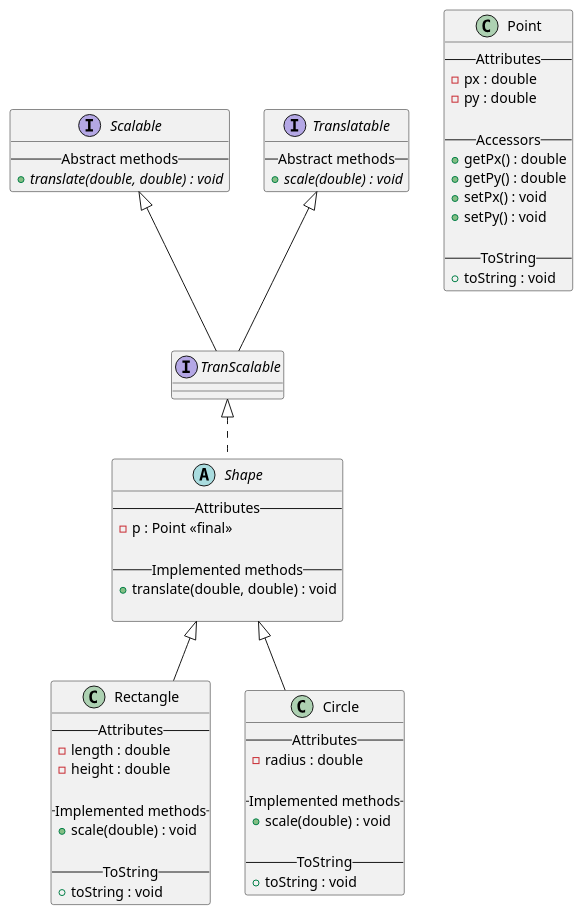
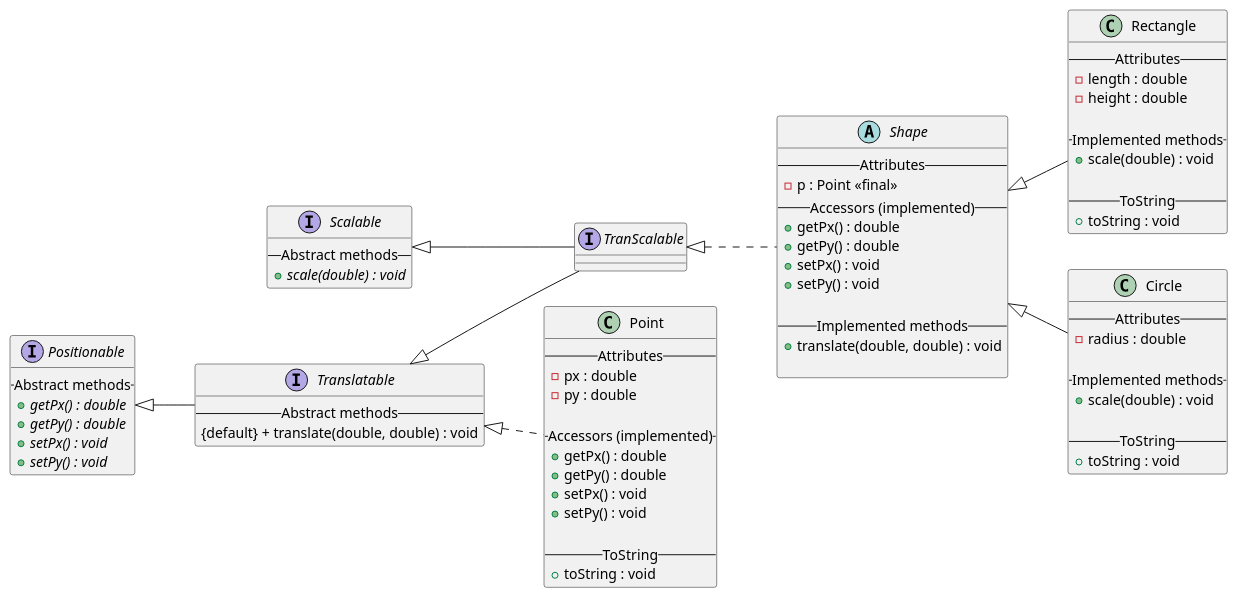
One commit to nabil-elma-dev/EPFC-Object-Oriented-Programming changed the diagram in 06 - Heritage_Interfaces/src/main/exercise_1/exercise_1.puml. Above: the diagram before and after it, drawn with PlantUML. The commit also changed 4 other files, not shown here.

Commit message:
refactor(interfaces): interface positionable and default method translate on translatable

```diff
--- a/06 - Heritage_Interfaces/src/main/exercise_1/exercise_1.puml
+++ b/06 - Heritage_Interfaces/src/main/exercise_1/exercise_1.puml
@@ -1,68 +1,82 @@
 @startuml
 'https://plantuml.com/class-diagram
+left to right direction
+
+interface Positionable {
+-- Abstract methods --
+    {abstract} + getPx() : double
+    {abstract} + getPy() : double
+    {abstract} + setPx() : void
+    {abstract} + setPy() : void
+}
 
 interface Scalable {
 -- Abstract methods --
-    {abstract} + translate(double, double) : void
+    {abstract} + scale(double) : void
 }
 
-interface Translatable {
+interface Translatable extends Positionable {
 -- Abstract methods --
-   {abstract} + scale(double) : void
+   {default} + translate(double, double) : void
 }
 
 interface TranScalable implements Scalable, Translatable {
 }
 
-class Point {
+class Point implements Translatable {
 -- Attributes --
     - px : double
     - py : double
 
--- Accessors --
+-- Accessors (implemented)--
     + getPx() : double
     + getPy() : double
     + setPx() : void
     + setPy() : void
 
 -- ToString --
     + toString : void
 }
 
 abstract class Shape implements TranScalable {
 -- Attributes --
     - p : Point <<final>>
+-- Accessors (implemented)--
+    + getPx() : double
+    + getPy() : double
+    + setPx() : void
+    + setPy() : void
 
 -- Implemented methods --
     + translate(double, double) : void
 
 }
 
 class Rectangle extends Shape{
 -- Attributes --
     - length : double
     - height : double
 
 -- Implemented methods --
     + scale(double) : void
 
 -- ToString --
     + toString : void
 }
 
 class Circle extends Shape {
 -- Attributes --
     - radius : double
 
 -- Implemented methods --
     + scale(double) : void
 
 -- ToString --
     + toString : void
 }
 
 
 
 
 
 @enduml
```
